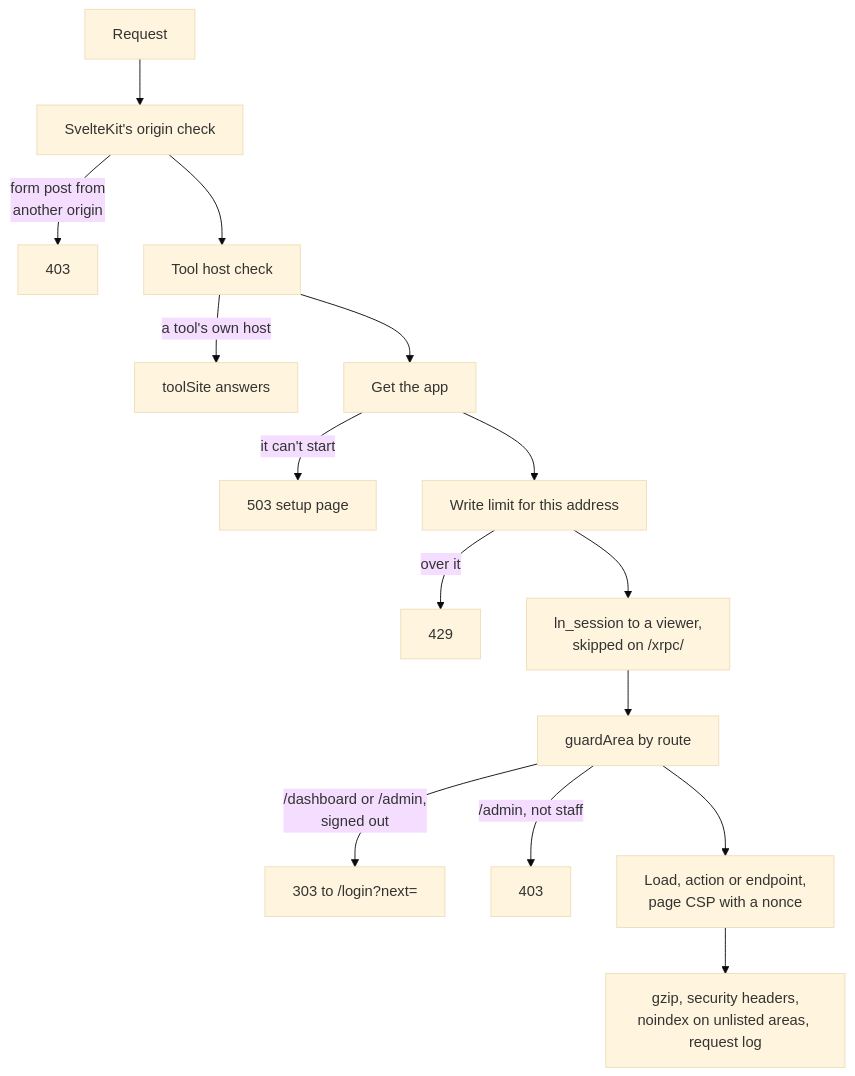
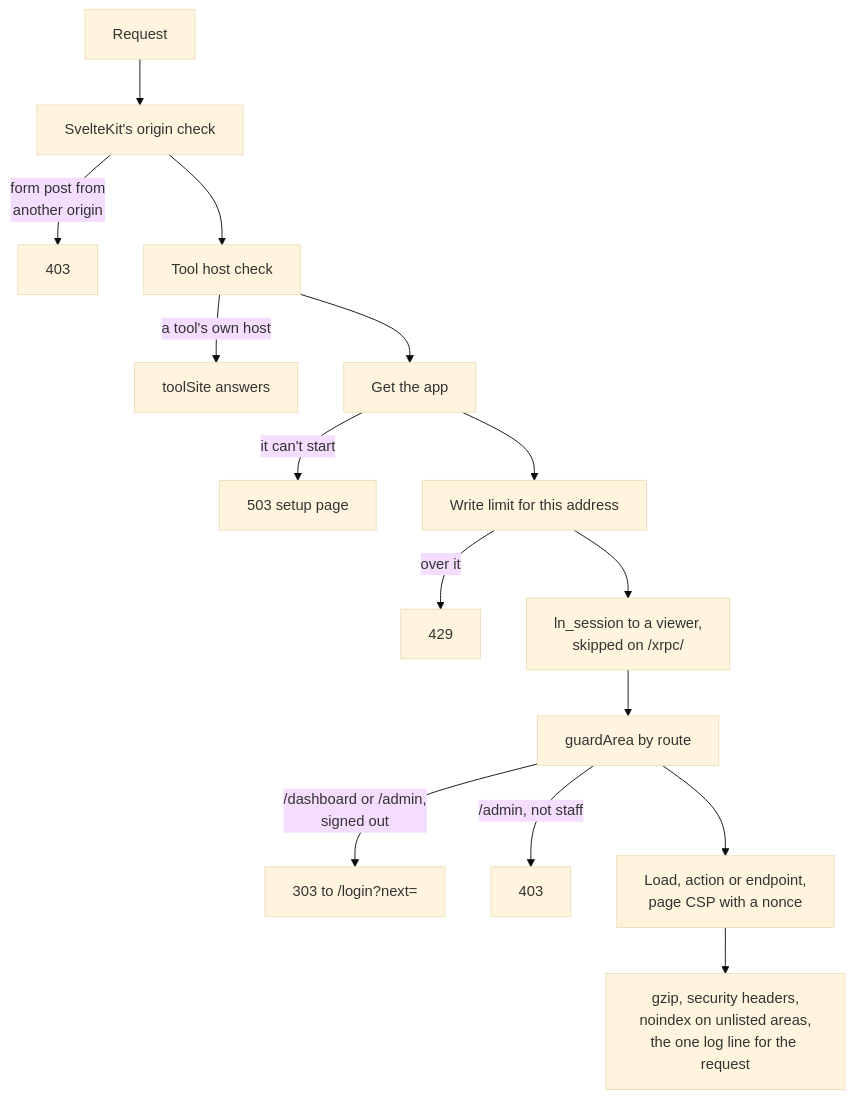
One commit to cutenode/localnetwork changed the first of 11 diagrams in apps/web/docs/diagrams/requests-and-routes.md. Above: the diagram before and after it, drawn with Mermaid (base theme). The commit also changed other lines of this file, not shown here.

Commit message:
docs(web): say evlog's one line in the request path chart

````diff
--- a/apps/web/docs/diagrams/requests-and-routes.md
+++ b/apps/web/docs/diagrams/requests-and-routes.md
@@ -21,17 +21,17 @@
 ```mermaid
 flowchart TD
   In["Request"] --> Csrf["SvelteKit's origin check"]
   Csrf -- "form post from<br/>another origin" --> Blocked["403"]
   Csrf --> Tool["Tool host check"]
   Tool -- "a tool's own host" --> ToolSite["toolSite answers"]
   Tool --> Load["Get the app"]
   Load -- "it can't start" --> Setup["503 setup page"]
   Load --> Limit["Write limit for this address"]
   Limit -- "over it" --> Slow["429"]
   Limit --> Session["ln_session to a viewer,<br/>skipped on /xrpc/"]
   Session --> Guard["guardArea by route"]
   Guard -- "/dashboard or /admin,<br/>signed out" --> Login["303 to /login?next="]
   Guard -- "/admin, not staff" --> Refused["403"]
   Guard --> Route["Load, action or endpoint,<br/>page CSP with a nonce"]
-  Route --> Out["gzip, security headers,<br/>noindex on unlisted areas, request log"]
+  Route --> Out["gzip, security headers,<br/>noindex on unlisted areas,<br/>the one log line for the request"]
 ```
````
